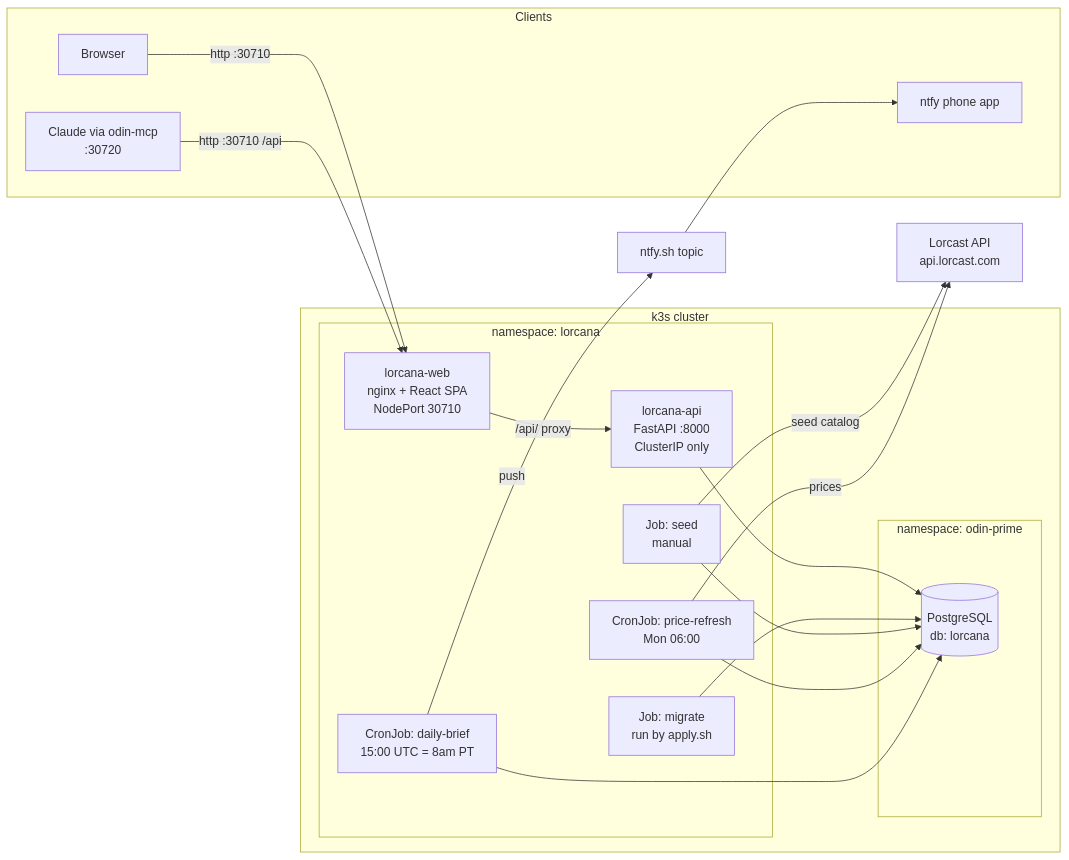
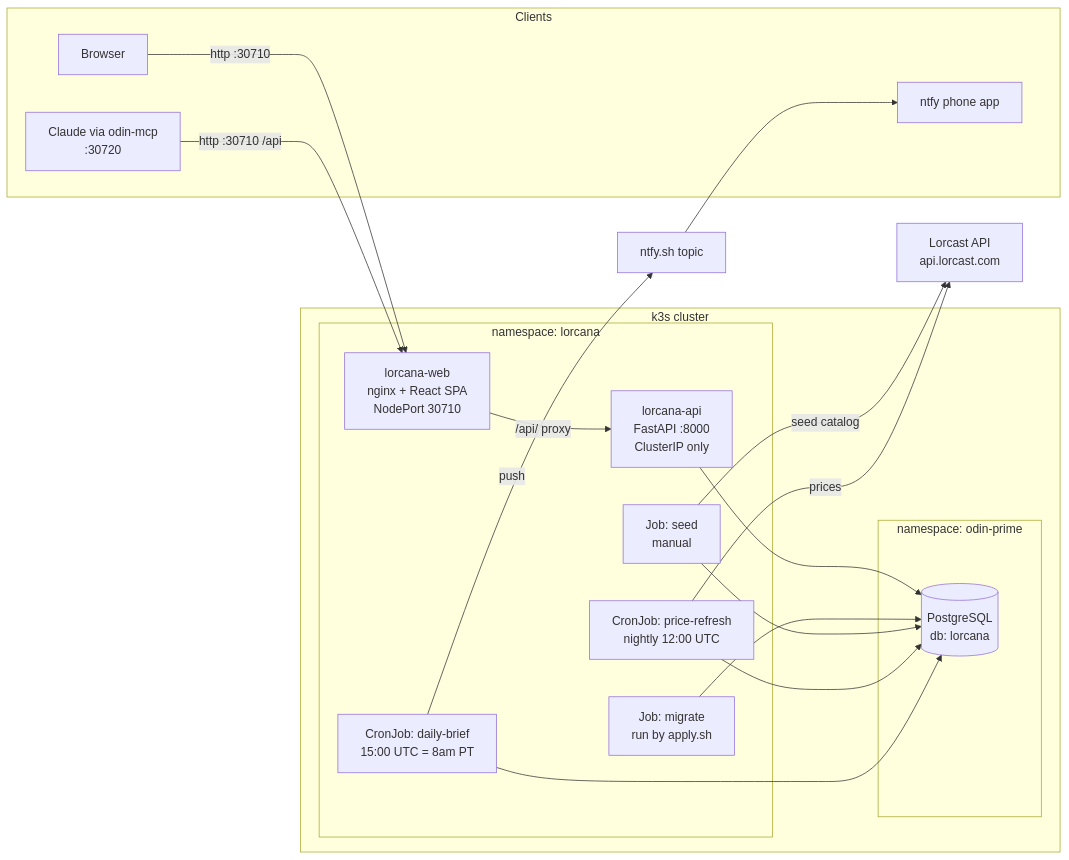
Before and after one commit to magicat777/lorcana-manager: the diagram in docs/ADMIN_USER_GUIDE.md, drawn with Mermaid. The commit also changed other lines of this file and 9 other files, not shown here.

First line of the commit message:
feat: price refresh weekly -> nightly (12:00 UTC, before the daily snapshot)

````diff
--- a/docs/ADMIN_USER_GUIDE.md
+++ b/docs/ADMIN_USER_GUIDE.md
@@ -29,36 +29,36 @@
 ```mermaid
 flowchart LR
     subgraph clients [Clients]
         B[Browser]
         C[Claude via odin-mcp<br/>:30720]
         P[ntfy phone app]
     end
     subgraph k3s [k3s cluster]
         subgraph ns [namespace: lorcana]
             W[lorcana-web<br/>nginx + React SPA<br/>NodePort 30710]
             A[lorcana-api<br/>FastAPI :8000<br/>ClusterIP only]
-            CJ1[CronJob: price-refresh<br/>Mon 06:00]
+            CJ1[CronJob: price-refresh<br/>nightly 12:00 UTC]
             CJ2[CronJob: daily-brief<br/>15:00 UTC = 8am PT]
             J1[Job: migrate<br/>run by apply.sh]
             J2[Job: seed<br/>manual]
         end
         subgraph op [namespace: odin-prime]
             PG[(PostgreSQL<br/>db: lorcana)]
         end
     end
     L[Lorcast API<br/>api.lorcast.com]
     N[ntfy.sh topic]
 
     B -->|http :30710| W
     C -->|http :30710 /api| W
     W -->|/api/ proxy| A
     A --> PG
     J1 --> PG
     J2 -->|seed catalog| L
     J2 --> PG
     CJ1 -->|prices| L
     CJ1 --> PG
     CJ2 --> PG
     CJ2 -->|push| N
     N --> P
 ```
````
